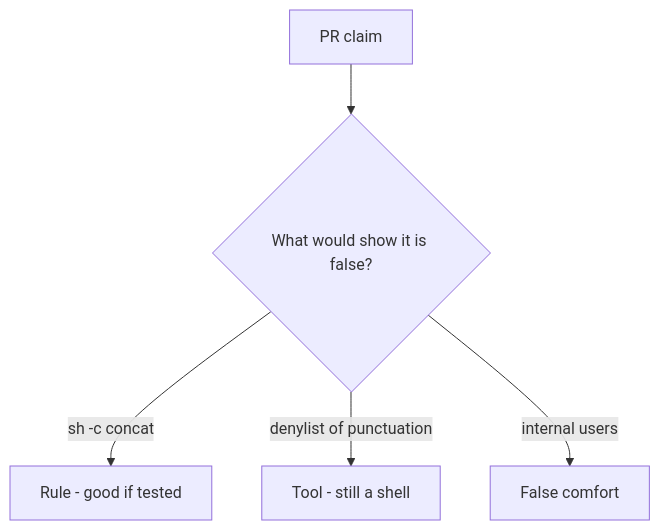
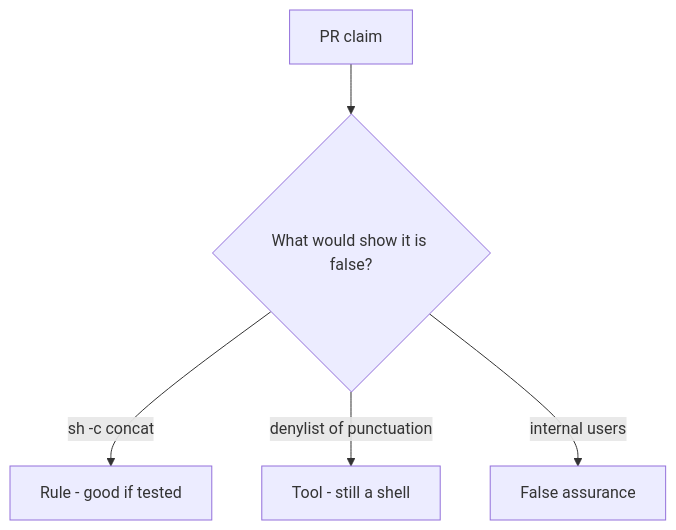
One commit to ishitvagoel/LearnSecurity changed the diagram in content/modules/6/6.1/lessons/08-review.md. Above: the diagram before and after it, drawn with Mermaid. The commit also changed other lines of this file and 240 other files, not shown here.

````diff
--- a/content/modules/6/6.1/lessons/08-review.md
+++ b/content/modules/6/6.1/lessons/08-review.md
@@ -18,7 +18,7 @@
 ```mermaid
 flowchart TD
   Claim[PR claim] --> Q{"What would show it is false?"}
   Q -->|"sh -c concat"| Property["Rule - good if tested"]
   Q -->|"denylist of punctuation"| Mechanism[Tool - still a shell]
-  Q -->|"internal users"| False[False comfort]
+  Q -->|"internal users"| False[False assurance]
 ```
````
